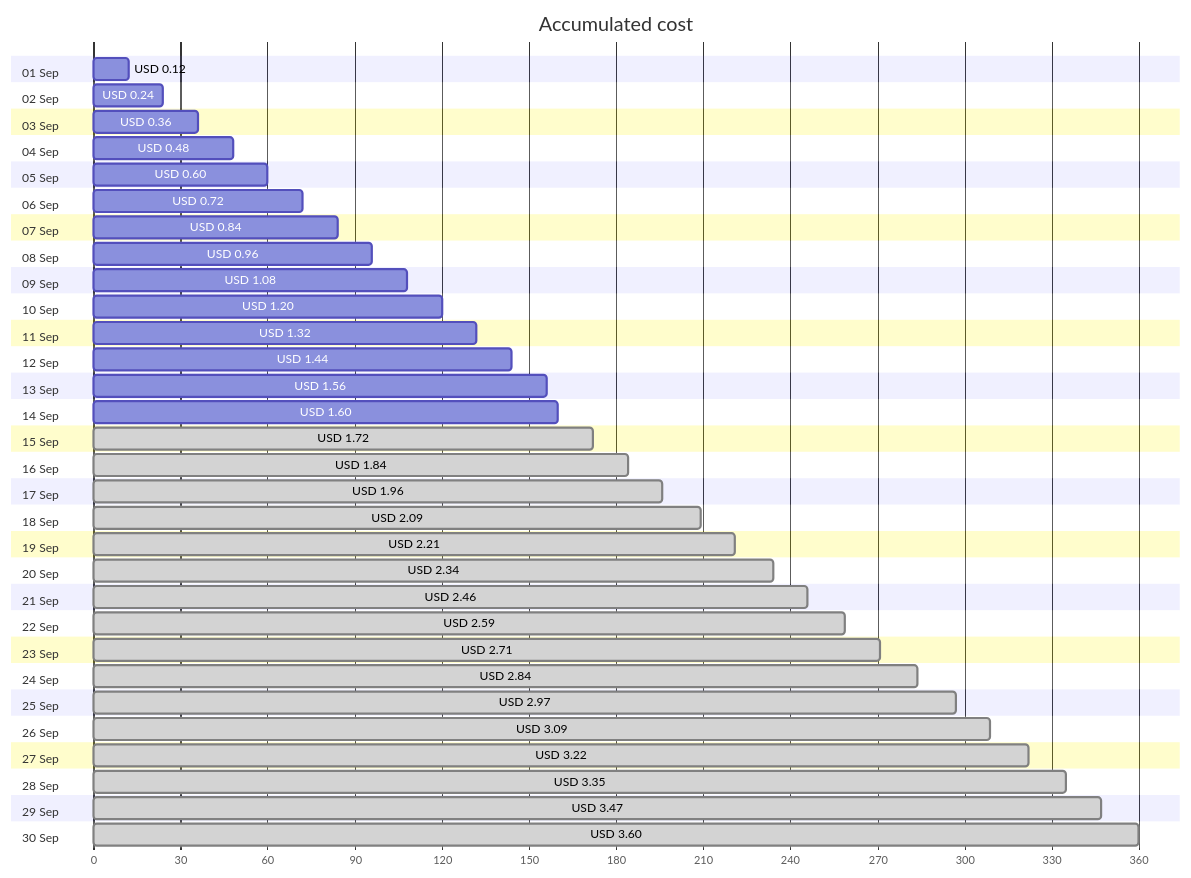
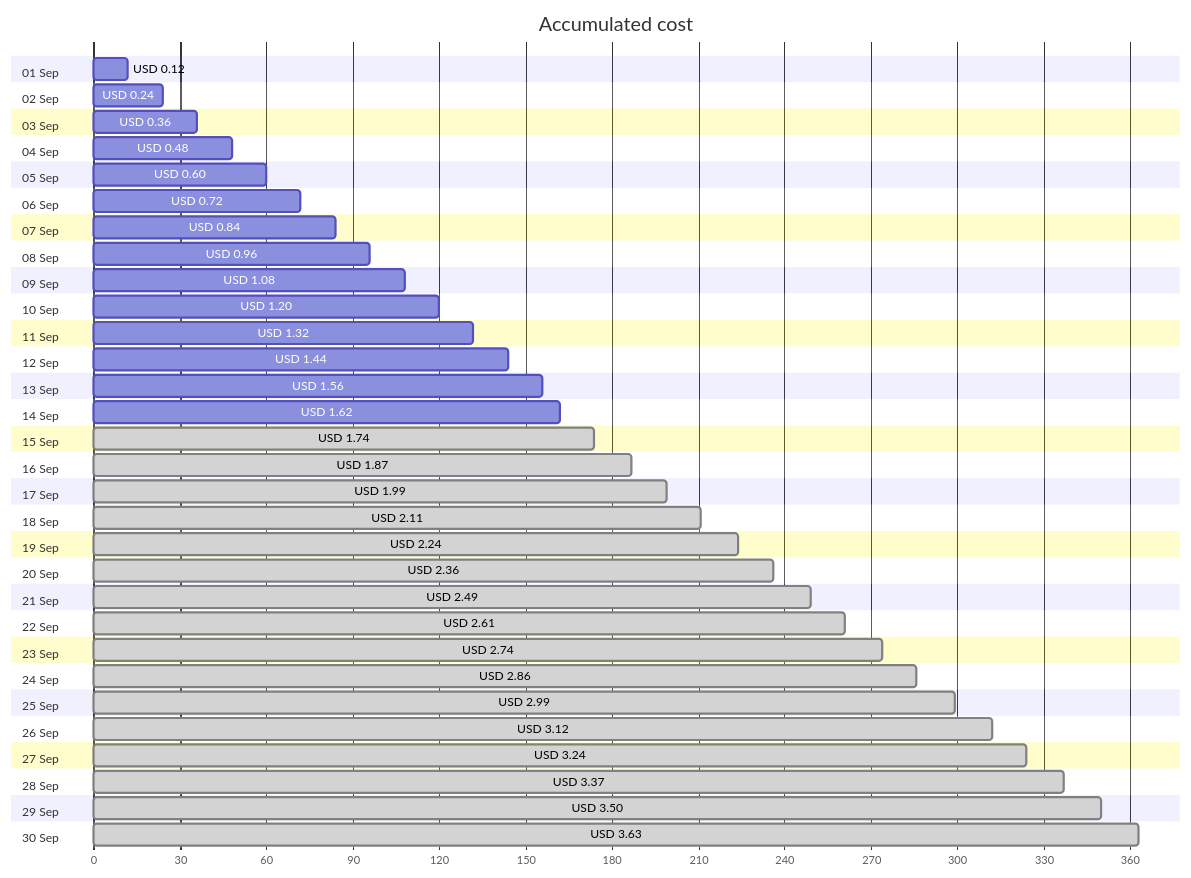
Before and after one commit to jpfulton/azure-personal-reports: the first of 4 diagrams in cost-reports/personal-network/linux-dev-public-ip.md, drawn with Mermaid. The commit also changed other lines of this file and 34 other files, not shown here.

````diff
--- a/cost-reports/personal-network/linux-dev-public-ip.md
+++ b/cost-reports/personal-network/linux-dev-public-ip.md
@@ -20,66 +20,66 @@
 ```mermaid
 gantt
    title Accumulated cost
    dateFormat  X
    axisFormat %s
    section 01 Sep
    USD 0.12 :0, 12
    section 02 Sep
    USD 0.24 :0, 24
    section 03 Sep
    USD 0.36 :0, 36
    section 04 Sep
    USD 0.48 :0, 48
    section 05 Sep
    USD 0.60 :0, 60
    section 06 Sep
    USD 0.72 :0, 72
    section 07 Sep
    USD 0.84 :0, 84
    section 08 Sep
    USD 0.96 :0, 96
    section 09 Sep
    USD 1.08 :0, 108
    section 10 Sep
    USD 1.20 :0, 120
    section 11 Sep
    USD 1.32 :0, 132
    section 12 Sep
    USD 1.44 :0, 144
    section 13 Sep
    USD 1.56 :0, 156
    section 14 Sep
-   USD 1.60 :0, 160
+   USD 1.62 :0, 162
    section 15 Sep
-   USD 1.72 : done, 0, 172
+   USD 1.74 : done, 0, 174
    section 16 Sep
-   USD 1.84 : done, 0, 184
+   USD 1.87 : done, 0, 187
    section 17 Sep
-   USD 1.96 : done, 0, 196
+   USD 1.99 : done, 0, 199
    section 18 Sep
-   USD 2.09 : done, 0, 209
+   USD 2.11 : done, 0, 211
    section 19 Sep
-   USD 2.21 : done, 0, 221
+   USD 2.24 : done, 0, 224
    section 20 Sep
-   USD 2.34 : done, 0, 234
+   USD 2.36 : done, 0, 236
    section 21 Sep
-   USD 2.46 : done, 0, 246
+   USD 2.49 : done, 0, 249
    section 22 Sep
-   USD 2.59 : done, 0, 259
+   USD 2.61 : done, 0, 261
    section 23 Sep
-   USD 2.71 : done, 0, 271
+   USD 2.74 : done, 0, 274
    section 24 Sep
-   USD 2.84 : done, 0, 284
+   USD 2.86 : done, 0, 286
    section 25 Sep
-   USD 2.97 : done, 0, 297
+   USD 2.99 : done, 0, 299
    section 26 Sep
-   USD 3.09 : done, 0, 309
+   USD 3.12 : done, 0, 312
    section 27 Sep
-   USD 3.22 : done, 0, 322
+   USD 3.24 : done, 0, 324
    section 28 Sep
-   USD 3.35 : done, 0, 335
+   USD 3.37 : done, 0, 337
    section 29 Sep
-   USD 3.47 : done, 0, 347
+   USD 3.50 : done, 0, 350
    section 30 Sep
-   USD 3.60 : done, 0, 360
+   USD 3.63 : done, 0, 363
 ```
````
